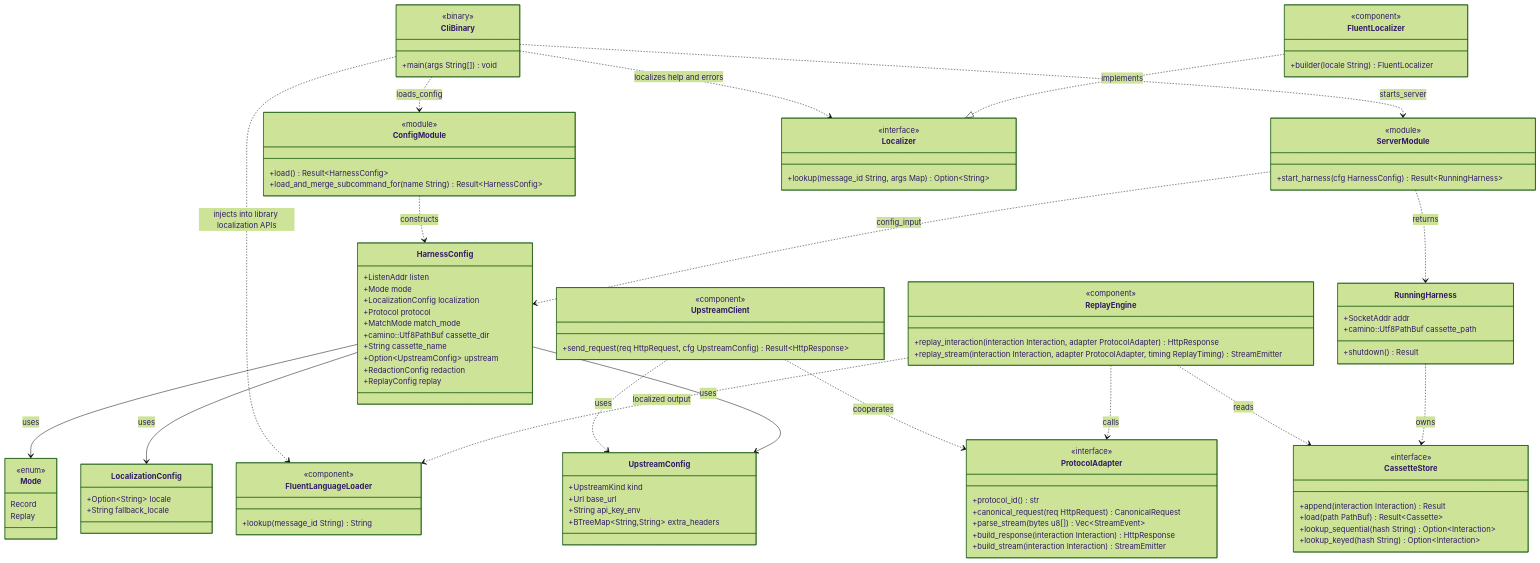
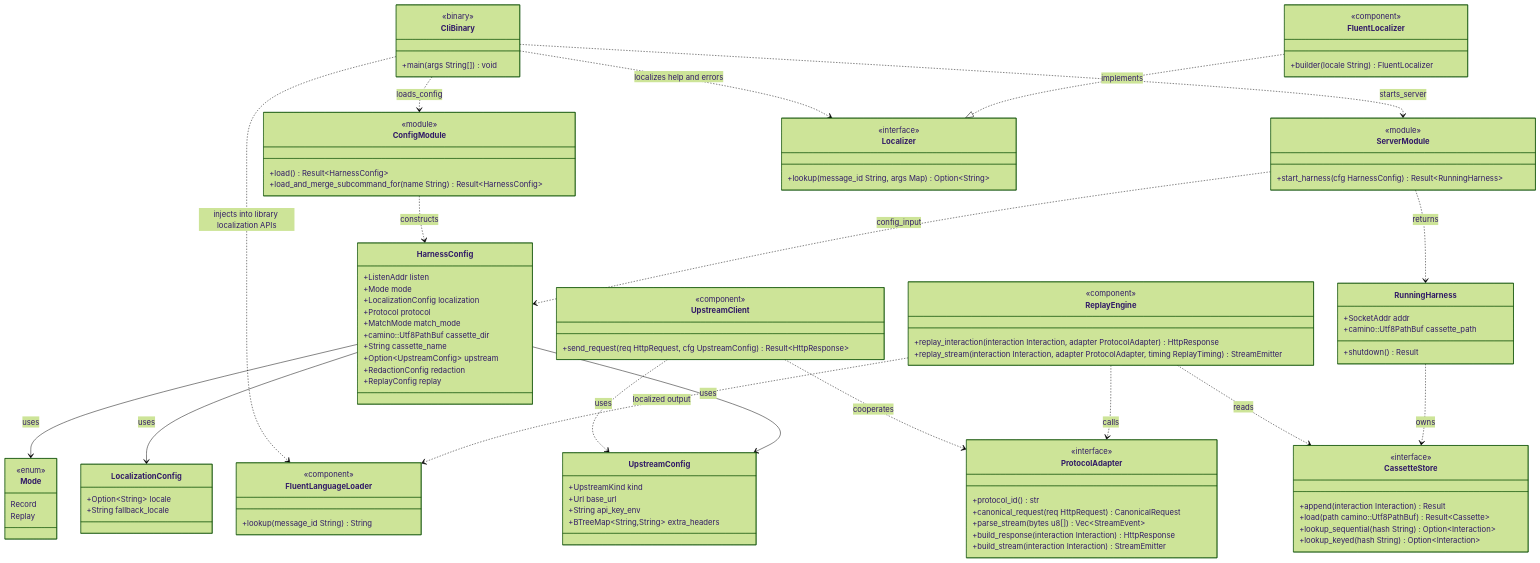
Before and after one commit to leynos/spycatcher-harness: the third of 3 diagrams in docs/spycatcher-harness-design.md, drawn with Mermaid (forest theme). The commit also changed other lines of this file and 4 other files, not shown here.

```diff
--- a/docs/spycatcher-harness-design.md
+++ b/docs/spycatcher-harness-design.md
@@ -696,7 +695,7 @@
   class CassetteStore {
     <<interface>>
     +append(interaction Interaction) Result
-    +load(path PathBuf) Result~Cassette~
+    +load(path camino::Utf8PathBuf) Result~Cassette~
     +lookup_sequential(hash String) Option~Interaction~
     +lookup_keyed(hash String) Option~Interaction~
   }
```
